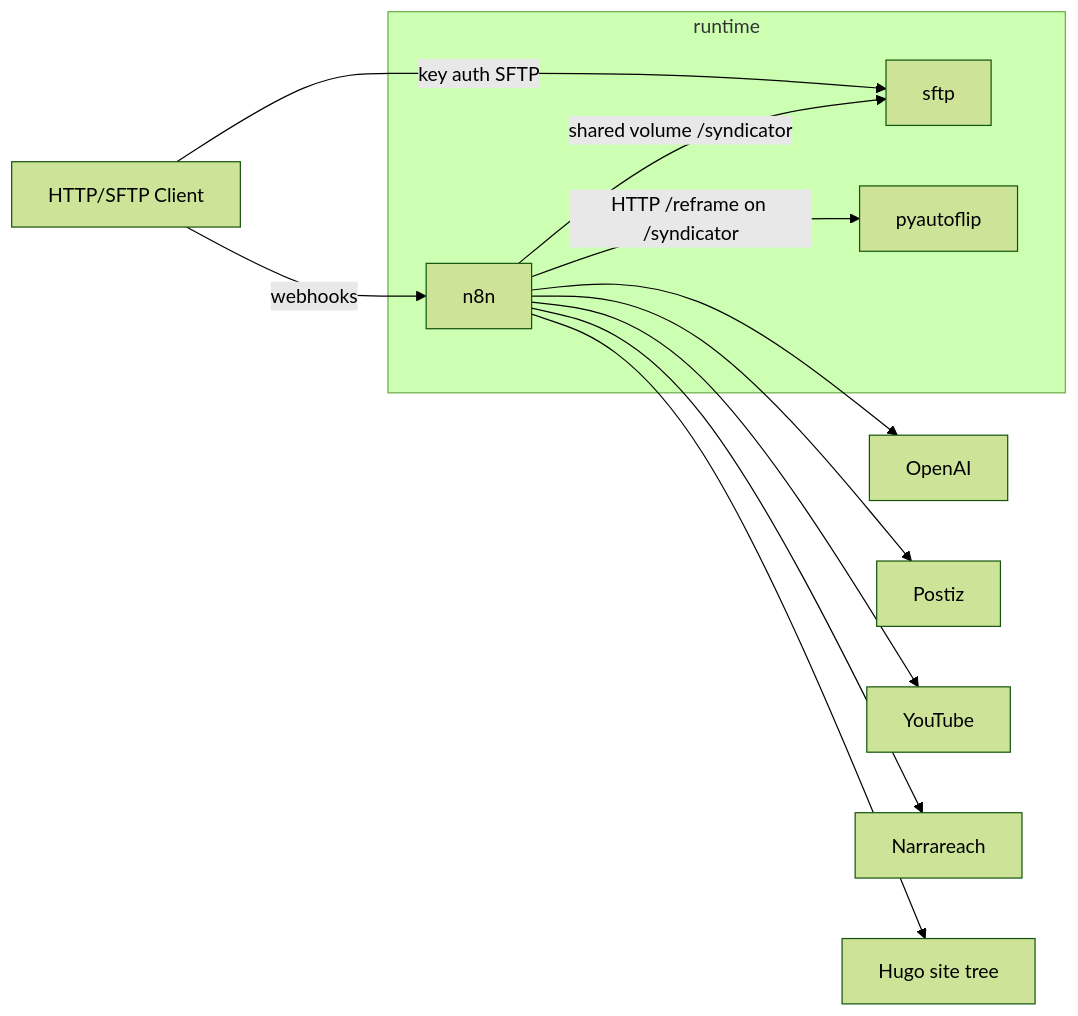
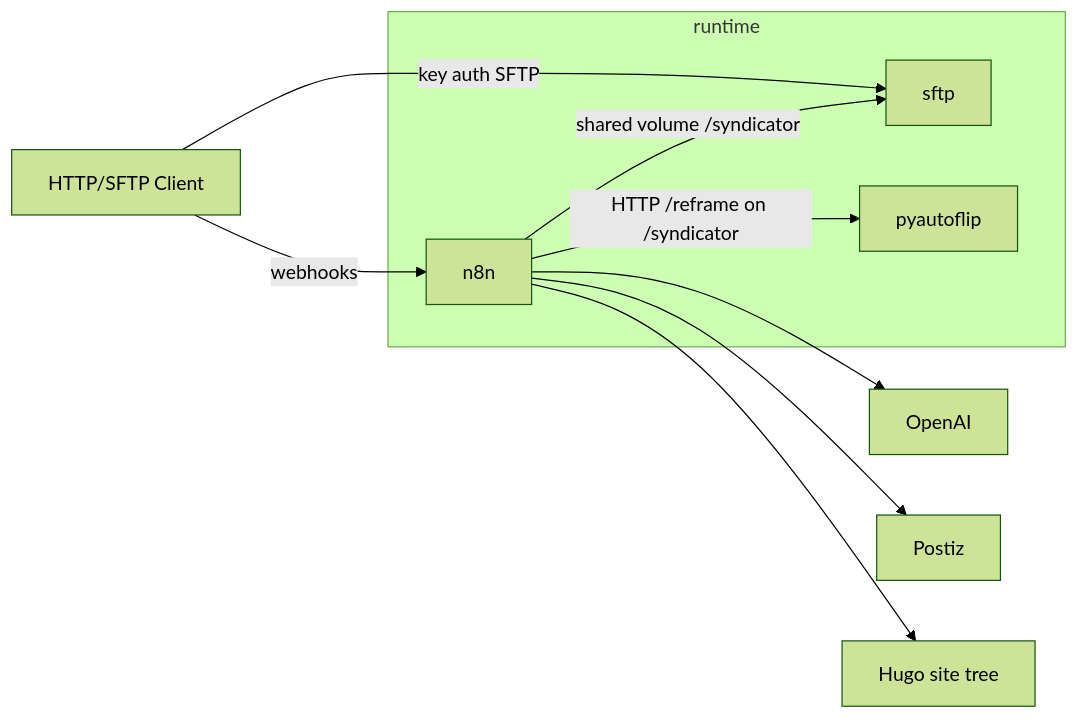
The second of 2 diagrams in README.md (bbaumgartner/syndicator), drawn with Mermaid (forest theme) before and after one commit. The commit also changed other lines of this file and 9 other files, not shown here.

First line of the commit message:
Remove Narrareach and YouTube OAuth from Blog Post Publish.

````diff
--- a/README.md
+++ b/README.md
@@ -250,18 +245,16 @@
 ```mermaid
 flowchart LR
   Caller["HTTP/SFTP Client"]
   subgraph runtime ["runtime"]
     SFTP["sftp"]
     N8N["n8n"]
     PyAF["pyautoflip"]
   end
   Caller -->|key auth SFTP| SFTP
   Caller -->|webhooks| N8N
   N8N -->|shared volume /syndicator| SFTP
   N8N -->|HTTP /reframe on /syndicator| PyAF
   N8N --> OpenAI["OpenAI"]
   N8N --> Postiz["Postiz"]
-  N8N --> YouTube["YouTube"]
-  N8N --> Narrareach["Narrareach"]
   N8N --> Hugo["Hugo site tree"]
 ```
````
